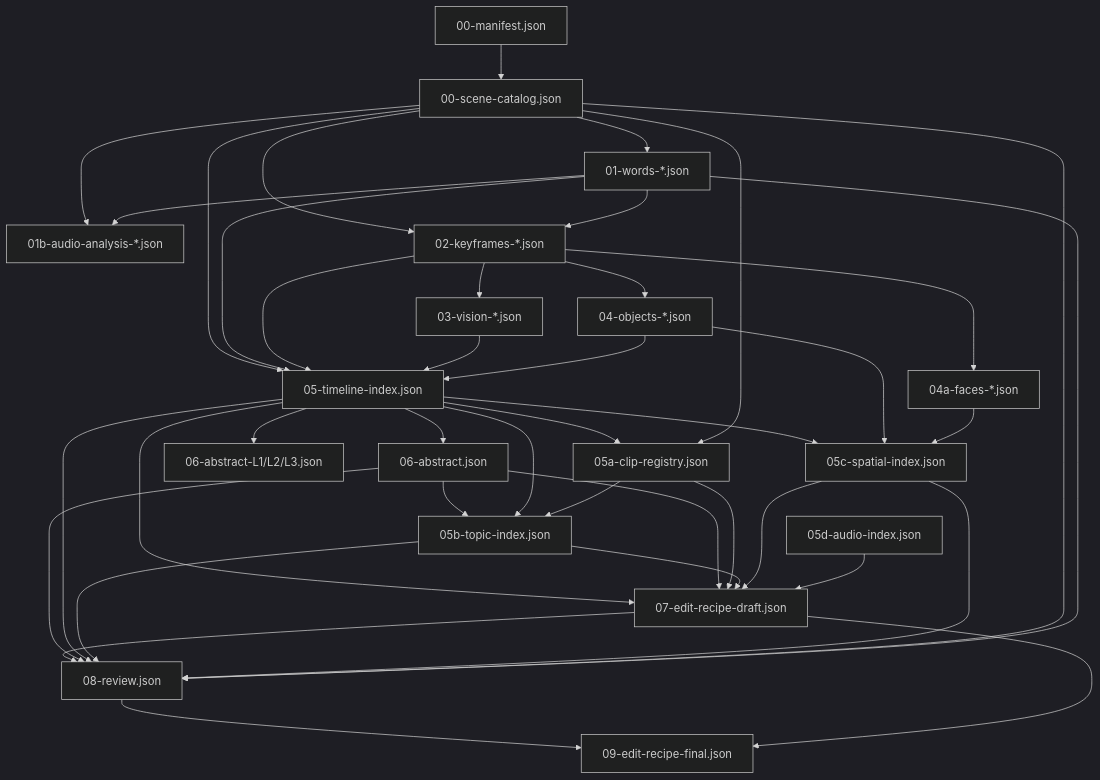
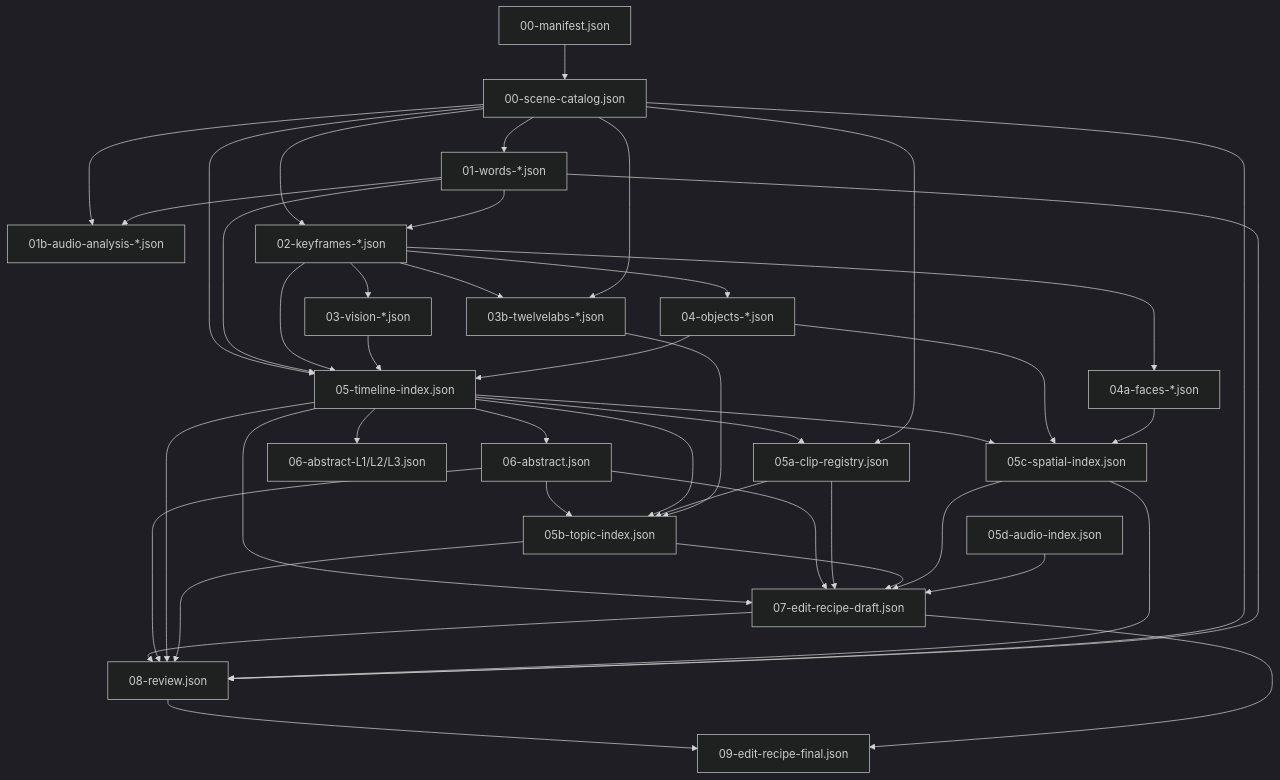
Before and after one commit to p-zielinski/video-editing-agent: the diagram in docs/PRE_RENDER_PIPELINE.md, drawn with Mermaid (dark theme). The commit also changed other lines of this file and 41 other files, not shown here.

````diff
--- a/docs/PRE_RENDER_PIPELINE.md
+++ b/docs/PRE_RENDER_PIPELINE.md
@@ -11,61 +11,65 @@
 ```mermaid
 flowchart TD
   manifest["00-manifest.json"]
   catalog["00-scene-catalog.json"]
   words["01-words-*.json"]
   audioAnalysis["01b-audio-analysis-*.json"]
   keyframes["02-keyframes-*.json"]
+  twelvelabs["03b-twelvelabs-*.json"]
   vision["03-vision-*.json"]
   objects["04-objects-*.json"]
   faces["04a-faces-*.json"]
   timeline["05-timeline-index.json"]
   clipReg["05a-clip-registry.json"]
   abstract["06-abstract.json"]
   abstractL["06-abstract-L1/L2/L3.json"]
   topic["05b-topic-index.json"]
   spatial["05c-spatial-index.json"]
   audioIdx["05d-audio-index.json"]
   draft["07-edit-recipe-draft.json"]
   review["08-review.json"]
   final["09-edit-recipe-final.json"]
 
   manifest --> catalog
   catalog --> words
   catalog --> audioAnalysis
   words --> audioAnalysis
   catalog --> keyframes
   words --> keyframes
+  keyframes --> twelvelabs
+  catalog --> twelvelabs
   keyframes --> vision
   keyframes --> objects
   keyframes --> faces
   catalog --> timeline
   words --> timeline
   keyframes --> timeline
   vision --> timeline
   objects --> timeline
   timeline --> clipReg
   catalog --> clipReg
   timeline --> abstract
   timeline --> abstractL
   abstract --> topic
   timeline --> topic
   clipReg --> topic
+  twelvelabs --> topic
   timeline --> spatial
   objects --> spatial
   faces --> spatial
   timeline --> draft
   abstract --> draft
   clipReg --> draft
   topic --> draft
   spatial --> draft
   audioIdx --> draft
   draft --> review
   abstract --> review
   timeline --> review
   topic --> review
   spatial --> review
   catalog --> review
   words --> review
   review --> final
   draft --> final
 ```
````
